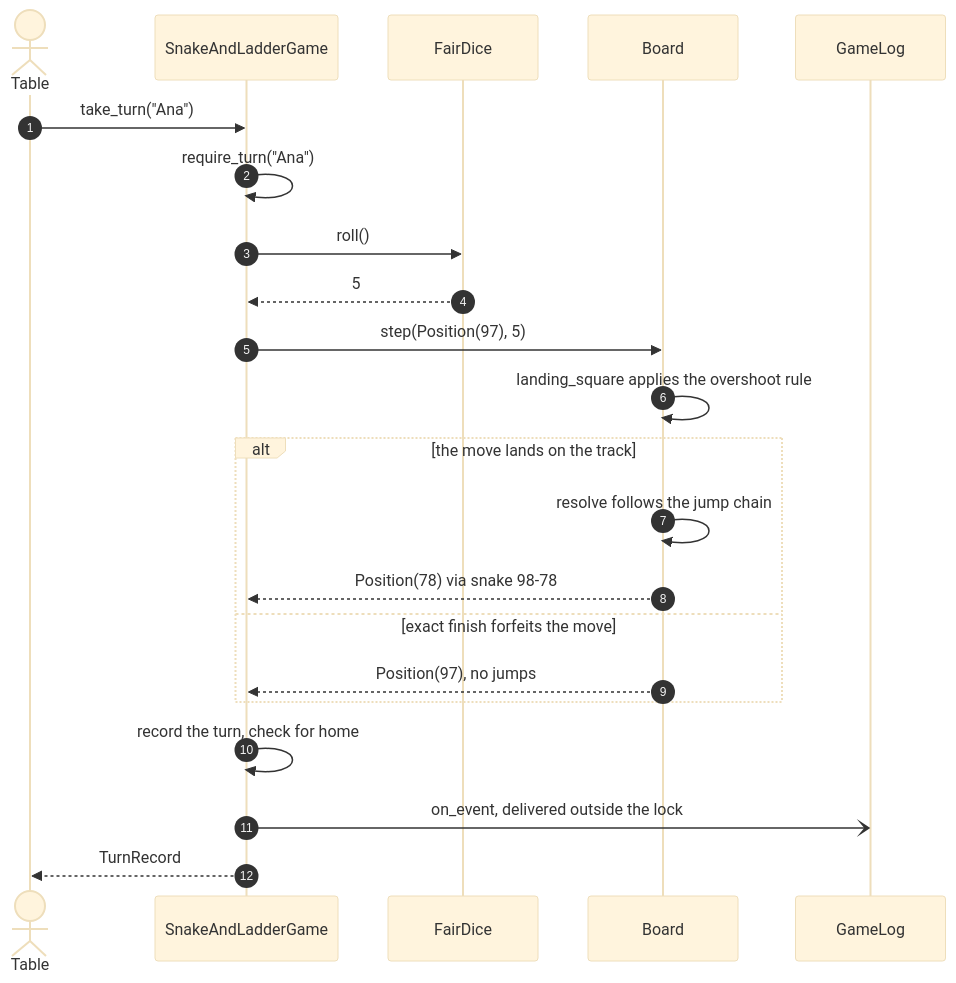
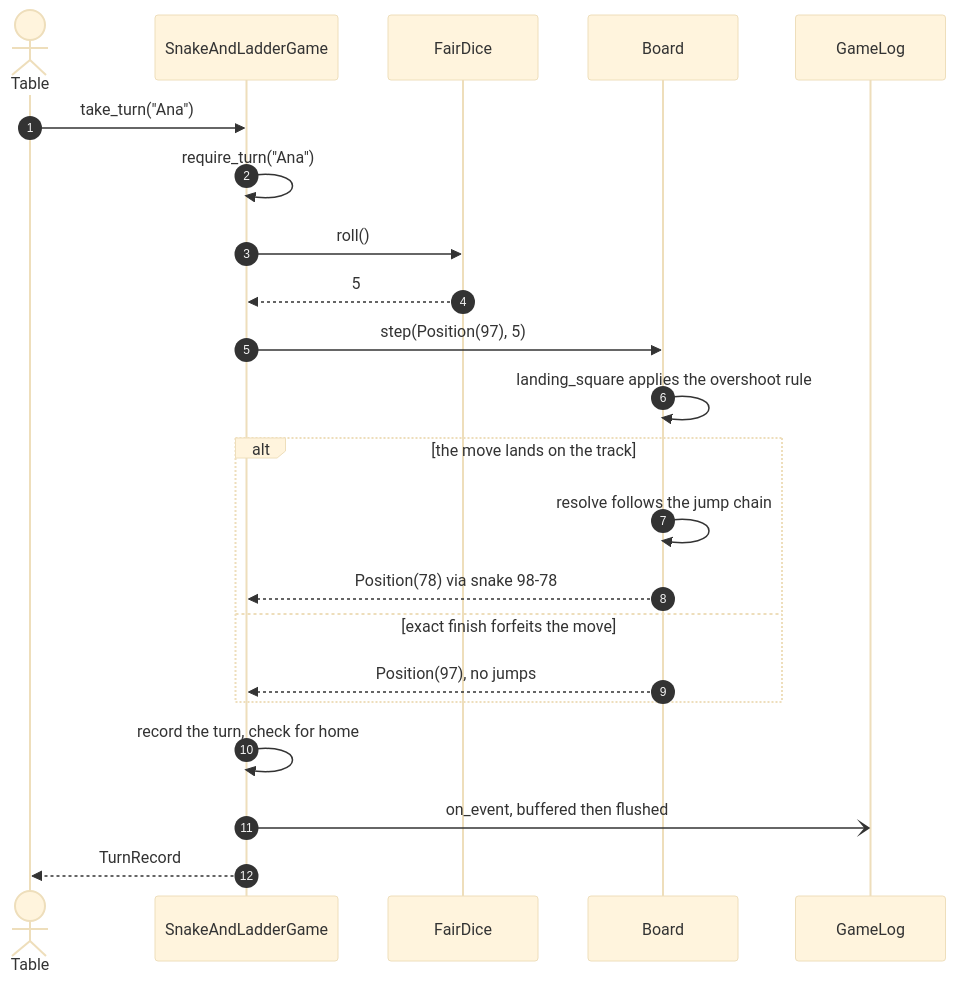
Before and after one commit to param087/hld-lld-interview-handbook: the second of 3 diagrams in docs/lld/problems/snake-and-ladder.md, drawn with Mermaid (base theme). The commit also changed 29 other files, not shown here.

````diff
--- a/docs/lld/problems/snake-and-ladder.md
+++ b/docs/lld/problems/snake-and-ladder.md
@@ -163,24 +163,24 @@
 ```mermaid
 sequenceDiagram
     autonumber
     actor T as Table
     participant G as SnakeAndLadderGame
     participant D as FairDice
     participant B as Board
     participant L as GameLog
     T->>G: take_turn("Ana")
     G->>G: require_turn("Ana")
     G->>D: roll()
     D-->>G: 5
     G->>B: step(Position(97), 5)
     B->>B: landing_square applies the overshoot rule
     alt the move lands on the track
         B->>B: resolve follows the jump chain
         B-->>G: Position(78) via snake 98-78
     else exact finish forfeits the move
         B-->>G: Position(97), no jumps
     end
     G->>G: record the turn, check for home
-    G-)L: on_event, delivered outside the lock
+    G-)L: on_event, buffered then flushed
     G-->>T: TurnRecord
 ```
````
